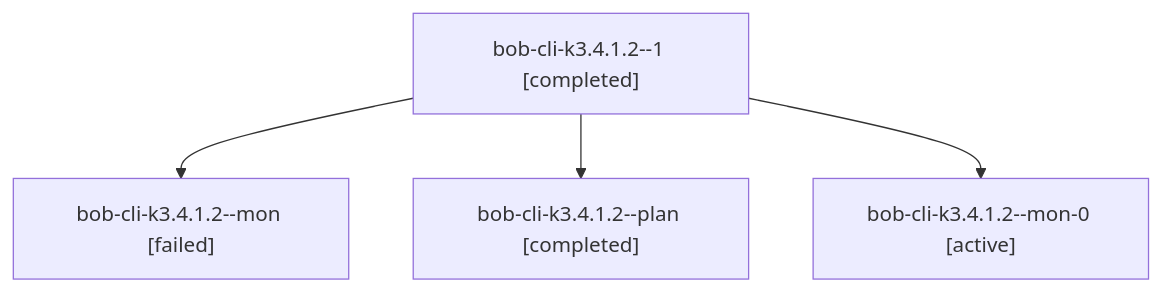
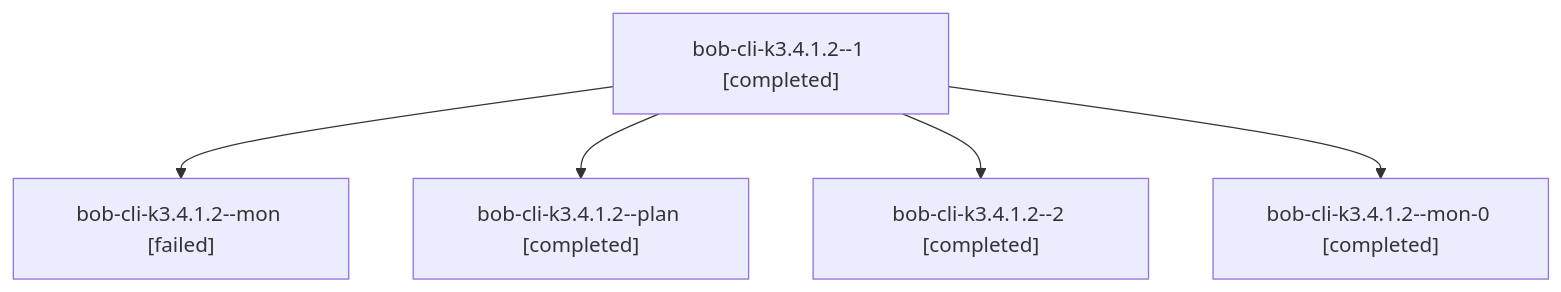
The diagram in sessions/bbugyi200.athena.bob-cli-k3.4.1.2.md (bobs-org/bob-cli--agents), drawn with Mermaid before and after one commit. The commit also changed other lines of this file and 73 other files, not shown here.

````diff
--- a/sessions/bbugyi200.athena.bob-cli-k3.4.1.2.md
+++ b/sessions/bbugyi200.athena.bob-cli-k3.4.1.2.md
@@ -9,10 +9,12 @@
 ```mermaid
 flowchart TD
   n0["bob-cli-k3.4.1.2--1 [completed]"]
   n1["bob-cli-k3.4.1.2--mon [failed]"]
   n0 --> n1
   n2["bob-cli-k3.4.1.2--plan [completed]"]
   n0 --> n2
-  n3["bob-cli-k3.4.1.2--mon-0 [active]"]
+  n3["bob-cli-k3.4.1.2--2 [completed]"]
   n0 --> n3
+  n4["bob-cli-k3.4.1.2--mon-0 [completed]"]
+  n0 --> n4
 ```
````
